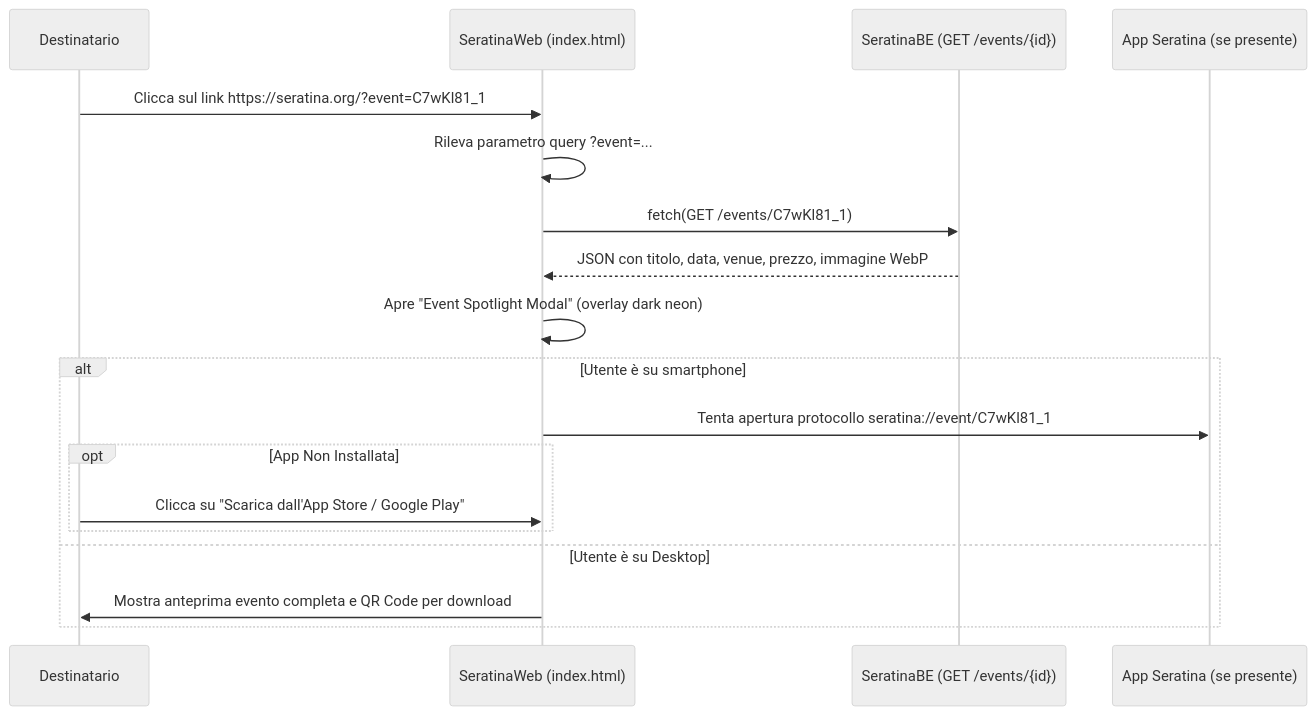
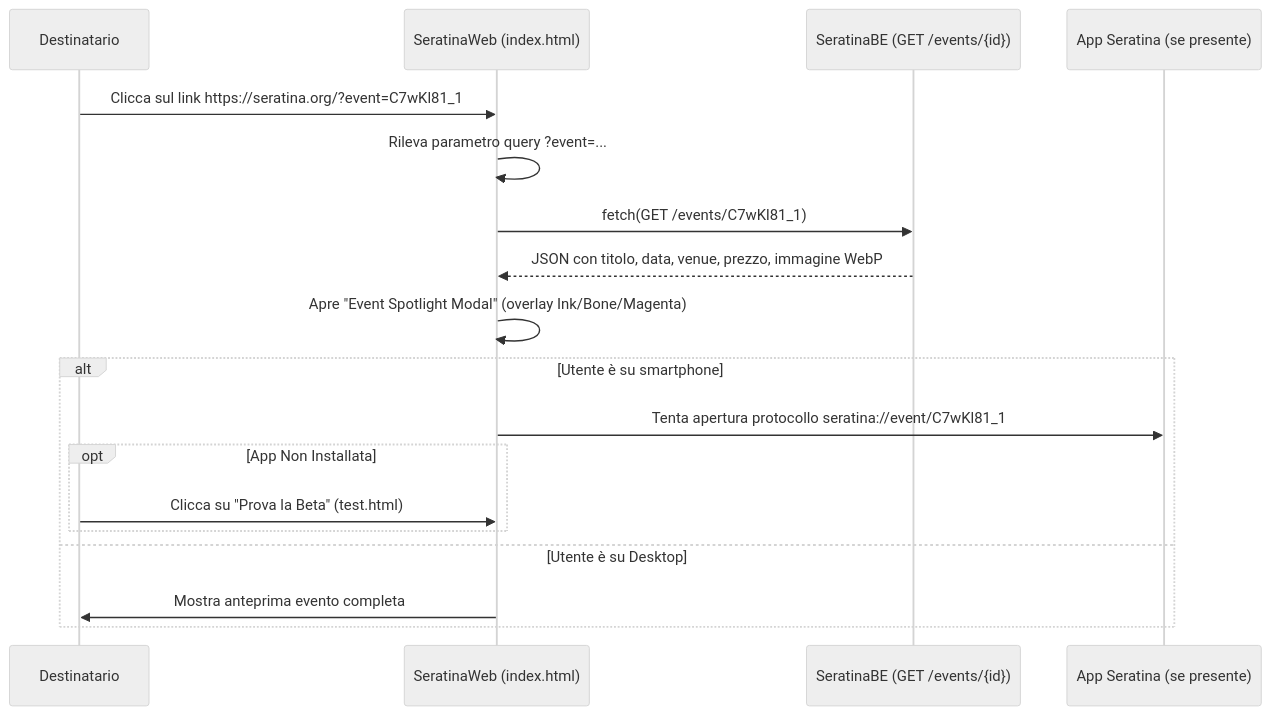
The diagram in docs/deep-linking.md (AvengersDevDreamTeam/SeratinaWeb), drawn with Mermaid (neutral theme) before and after one commit. The commit also changed other lines of this file and 45 other files, not shown here.

````diff
--- a/docs/deep-linking.md
+++ b/docs/deep-linking.md
@@ -25,22 +25,22 @@
 ```mermaid
 sequenceDiagram
     participant User as Destinatario
     participant Web as SeratinaWeb (index.html)
     participant BE as SeratinaBE (GET /events/{id})
     participant App as App Seratina (se presente)
 
     User->>Web: Clicca sul link https://seratina.org/?event=C7wKl81_1
     Web->>Web: Rileva parametro query ?event=...
     Web->>BE: fetch(GET /events/C7wKl81_1)
     BE-->>Web: JSON con titolo, data, venue, prezzo, immagine WebP
-    Web->>Web: Apre "Event Spotlight Modal" (overlay dark neon)
+    Web->>Web: Apre "Event Spotlight Modal" (overlay Ink/Bone/Magenta)
     
     alt Utente è su smartphone
         Web->>App: Tenta apertura protocollo seratina://event/C7wKl81_1
         opt App Non Installata
-            User->>Web: Clicca su "Scarica dall'App Store / Google Play"
+            User->>Web: Clicca su "Prova la Beta" (test.html)
         end
     else Utente è su Desktop
-        Web->>User: Mostra anteprima evento completa e QR Code per download
+        Web->>User: Mostra anteprima evento completa
     end
 ```
````
